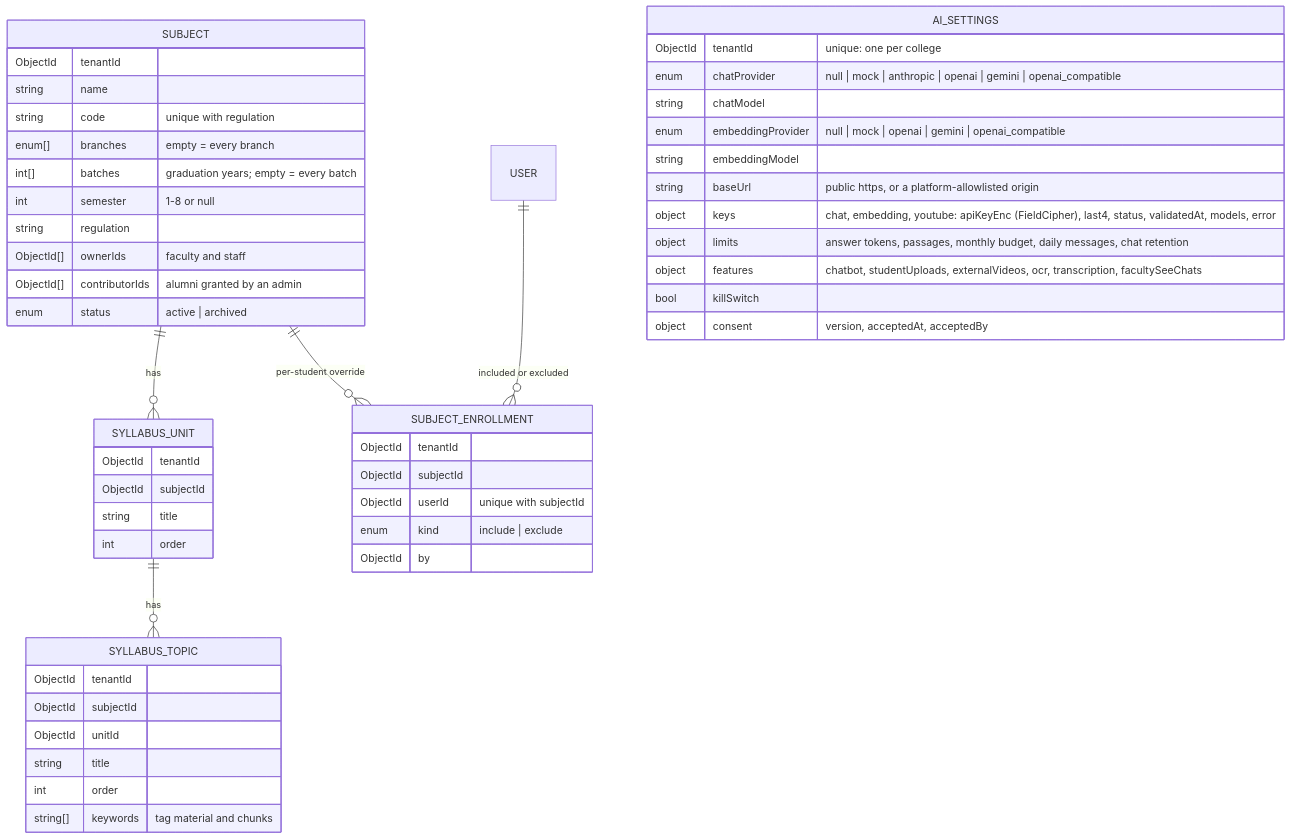
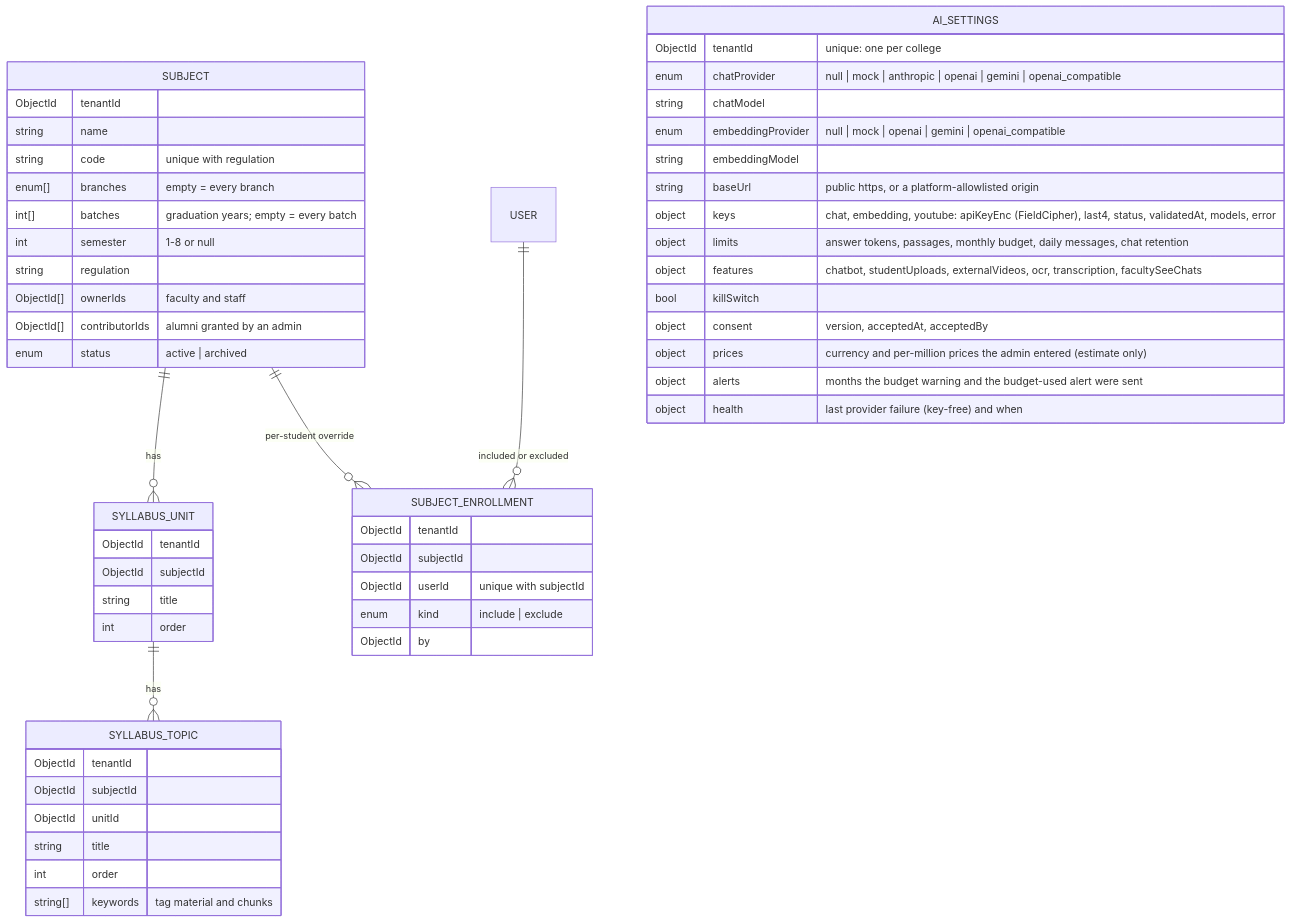
One commit to Parthu-work/campuslink changed the eighth of 9 diagrams in docs/data-model.md. Above: the diagram before and after it, drawn with Mermaid. The commit also changed other lines of this file and 59 other files, not shown here.

````diff
--- a/docs/data-model.md
+++ b/docs/data-model.md
@@ -637,53 +637,56 @@
 ```mermaid
 erDiagram
   SUBJECT ||--o{ SYLLABUS_UNIT : has
   SYLLABUS_UNIT ||--o{ SYLLABUS_TOPIC : has
   SUBJECT ||--o{ SUBJECT_ENROLLMENT : "per-student override"
   USER ||--o{ SUBJECT_ENROLLMENT : "included or excluded"
   SUBJECT {
     ObjectId tenantId
     string name
     string code "unique with regulation"
     enum[] branches "empty = every branch"
     int[] batches "graduation years; empty = every batch"
     int semester "1-8 or null"
     string regulation
     ObjectId[] ownerIds "faculty and staff"
     ObjectId[] contributorIds "alumni granted by an admin"
     enum status "active | archived"
   }
   SYLLABUS_UNIT {
     ObjectId tenantId
     ObjectId subjectId
     string title
     int order
   }
   SYLLABUS_TOPIC {
     ObjectId tenantId
     ObjectId subjectId
     ObjectId unitId
     string title
     int order
     string[] keywords "tag material and chunks"
   }
   SUBJECT_ENROLLMENT {
     ObjectId tenantId
     ObjectId subjectId
     ObjectId userId "unique with subjectId"
     enum kind "include | exclude"
     ObjectId by
   }
   AI_SETTINGS {
     ObjectId tenantId "unique: one per college"
     enum chatProvider "null | mock | anthropic | openai | gemini | openai_compatible"
     string chatModel
     enum embeddingProvider "null | mock | openai | gemini | openai_compatible"
     string embeddingModel
     string baseUrl "public https, or a platform-allowlisted origin"
     object keys "chat, embedding, youtube: apiKeyEnc (FieldCipher), last4, status, validatedAt, models, error"
     object limits "answer tokens, passages, monthly budget, daily messages, chat retention"
     object features "chatbot, studentUploads, externalVideos, ocr, transcription, facultySeeChats"
     bool killSwitch
     object consent "version, acceptedAt, acceptedBy"
+    object prices "currency and per-million prices the admin entered (estimate only)"
+    object alerts "months the budget warning and the budget-used alert were sent"
+    object health "last provider failure (key-free) and when"
   }
 ```
````
